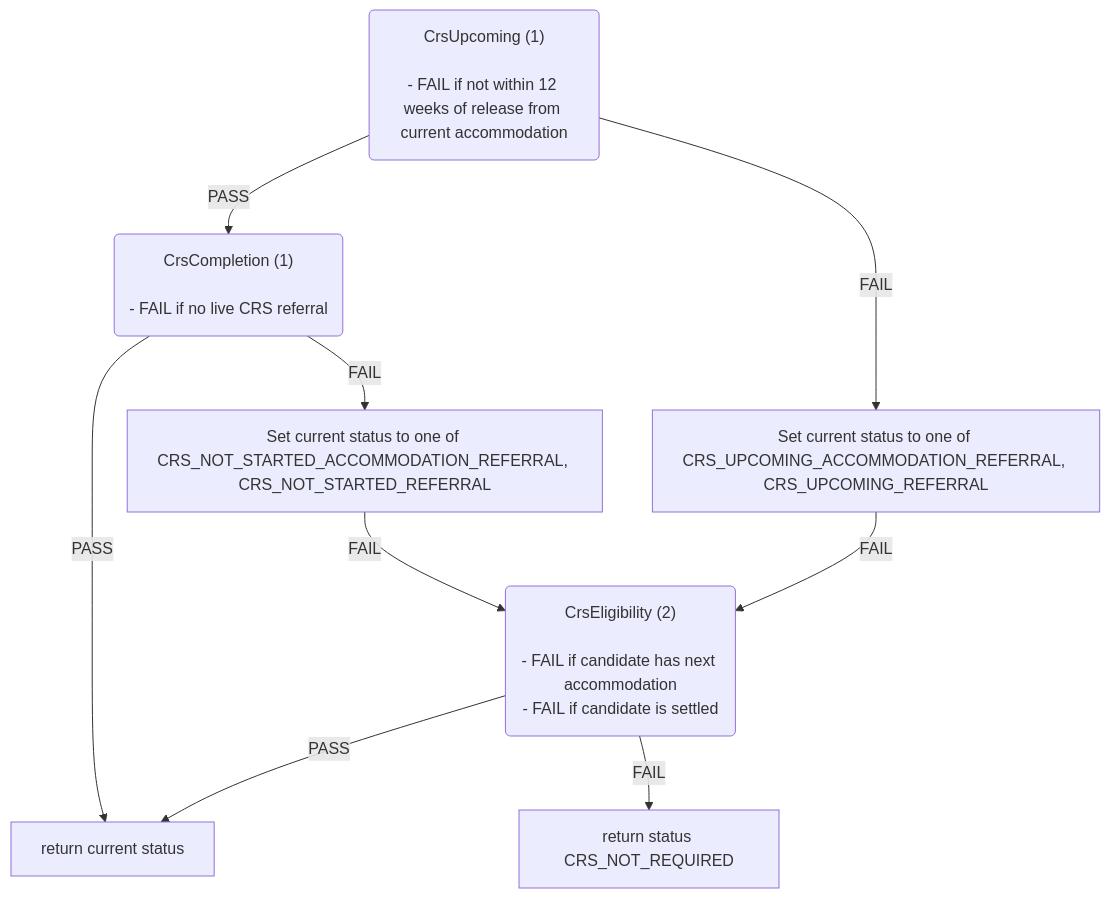
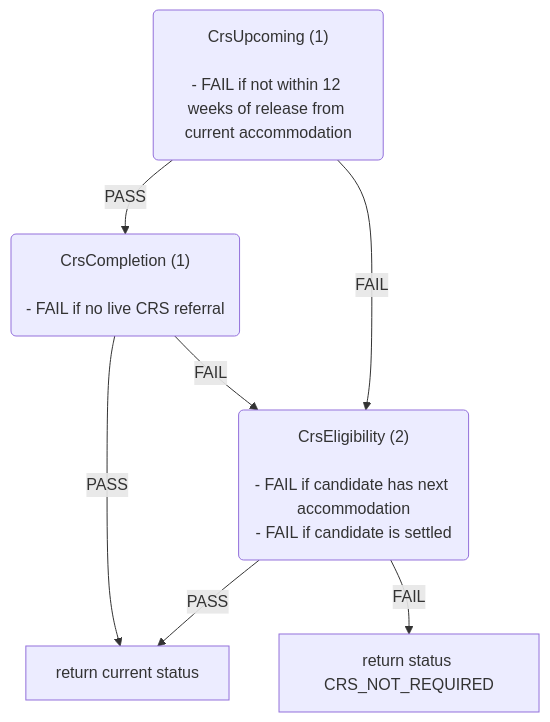
Before and after one commit to ministryofjustice/hmpps-single-accommodation-service-api: the fourth of 6 diagrams in docs/eligibility-rules-graph.md, drawn with Mermaid. The commit also changed other lines of this file and 12 other files, not shown here.

Commit message:
1. Remove ContextUpdater node 2. Add status to the Ruleset Node |status| 3. If status is sourced form the upstream app "Set to CAS2 Application Status"

````diff
--- a/docs/eligibility-rules-graph.md
+++ b/docs/eligibility-rules-graph.md
@@ -325,25 +289,21 @@
 ```mermaid
 flowchart TD
   CrsUpcoming("CrsUpcoming (1)
 
 - FAIL if not within 12 weeks of release from current accommodation")
   CrsCompletion("CrsCompletion (1)
 
 - FAIL if no live CRS referral")
   return_current_status["return current status"]
-  Set_current_status_to_one_of_CRS_NOT_STARTED_ACCOMMODATION_REFERRAL__CRS_NOT_STARTED_REFERRAL["Set current status to one of CRS_NOT_STARTED_ACCOMMODATION_REFERRAL, CRS_NOT_STARTED_REFERRAL"]
   CrsEligibility("CrsEligibility (2)
 
 - FAIL if candidate has next accommodation
 - FAIL if candidate is settled")
   return_status_CRS_NOT_REQUIRED["return status CRS_NOT_REQUIRED"]
-  Set_current_status_to_one_of_CRS_UPCOMING_ACCOMMODATION_REFERRAL__CRS_UPCOMING_REFERRAL["Set current status to one of CRS_UPCOMING_ACCOMMODATION_REFERRAL, CRS_UPCOMING_REFERRAL"]
   CrsCompletion -->|PASS| return_current_status
-  CrsCompletion -->|FAIL| Set_current_status_to_one_of_CRS_NOT_STARTED_ACCOMMODATION_REFERRAL__CRS_NOT_STARTED_REFERRAL
   CrsEligibility -->|PASS| return_current_status
   CrsEligibility -->|FAIL| return_status_CRS_NOT_REQUIRED
-  Set_current_status_to_one_of_CRS_NOT_STARTED_ACCOMMODATION_REFERRAL__CRS_NOT_STARTED_REFERRAL -->|FAIL| CrsEligibility
+  CrsCompletion -->|FAIL| CrsEligibility
   CrsUpcoming -->|PASS| CrsCompletion
-  CrsUpcoming -->|FAIL| Set_current_status_to_one_of_CRS_UPCOMING_ACCOMMODATION_REFERRAL__CRS_UPCOMING_REFERRAL
-  Set_current_status_to_one_of_CRS_UPCOMING_ACCOMMODATION_REFERRAL__CRS_UPCOMING_REFERRAL -->|FAIL| CrsEligibility
+  CrsUpcoming -->|FAIL| CrsEligibility
 ```
````
